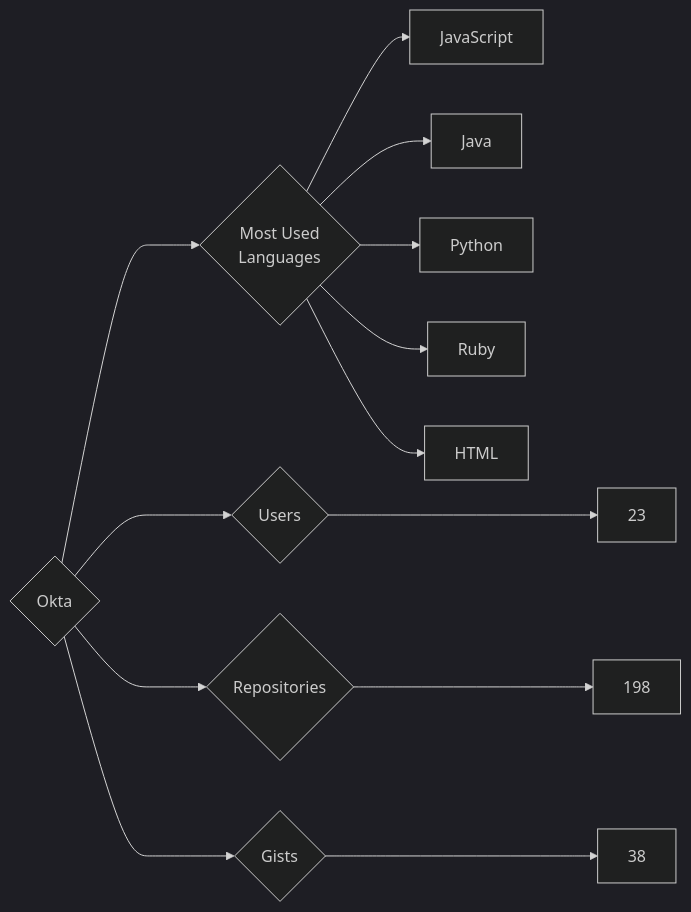
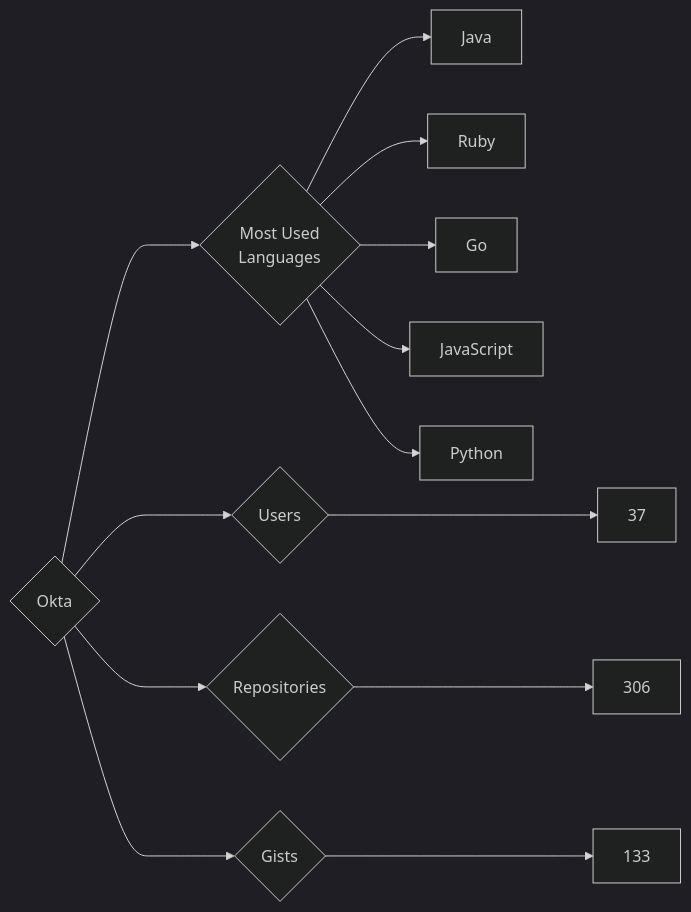
One commit to trickest/insiders changed the diagram in targets/Okta/README.md. Above: the diagram before and after it, drawn with Mermaid (dark theme). The commit also changed 839 other files, not shown here.

````diff
--- a/targets/Okta/README.md
+++ b/targets/Okta/README.md
@@ -3,13 +3,13 @@
 ```mermaid
 graph LR
 COMPANY_NAME{Okta}
-COMPANY_NAME ---> U{Users} ---> UN[23]
-COMPANY_NAME ---> R{Repositories} ---> RN[198]
-COMPANY_NAME ---> G{Gists} ---> GN[38]
+COMPANY_NAME ---> U{Users} ---> UN[37]
+COMPANY_NAME ---> R{Repositories} ---> RN[306]
+COMPANY_NAME ---> G{Gists} ---> GN[133]
 COMPANY_NAME ---> ML{Most Used<br>Languages}
+ML --> Java[Java]
+ML --> Ruby[Ruby]
+ML --> Go[Go]
 ML --> JavaScript[JavaScript]
-ML --> Java[Java]
 ML --> Python[Python]
-ML --> Ruby[Ruby]
-ML --> HTML[HTML]
 ```
````
